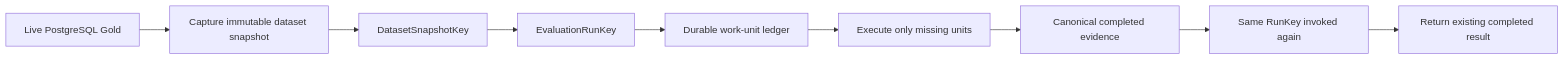
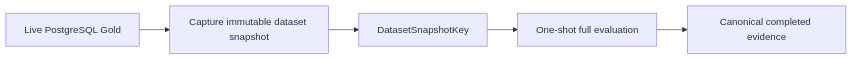
One commit to SergejSchweizer/regime-engine changed the first of 4 diagrams in EVALUATION_EXECUTION.md. Above: the diagram before and after it, drawn with Mermaid. The commit also changed other lines of this file and 1 other file, not shown here.

Commit message:
docs(PR-398-one-shot-execution-contract): retire full-run resume semantics (#396)

````diff
--- a/EVALUATION_EXECUTION.md
+++ b/EVALUATION_EXECUTION.md
@@ -24,11 +36,7 @@
 ```mermaid
 flowchart LR
     A[Live PostgreSQL Gold] --> B[Capture immutable dataset snapshot]
     B --> C[DatasetSnapshotKey]
-    C --> D[EvaluationRunKey]
-    D --> E[Durable work-unit ledger]
-    E --> F[Execute only missing units]
-    F --> G[Canonical completed evidence]
-    G --> H[Same RunKey invoked again]
-    H --> I[Return existing completed result]
+    C --> D[One-shot full evaluation]
+    D --> E[Canonical completed evidence]
 ```
````
